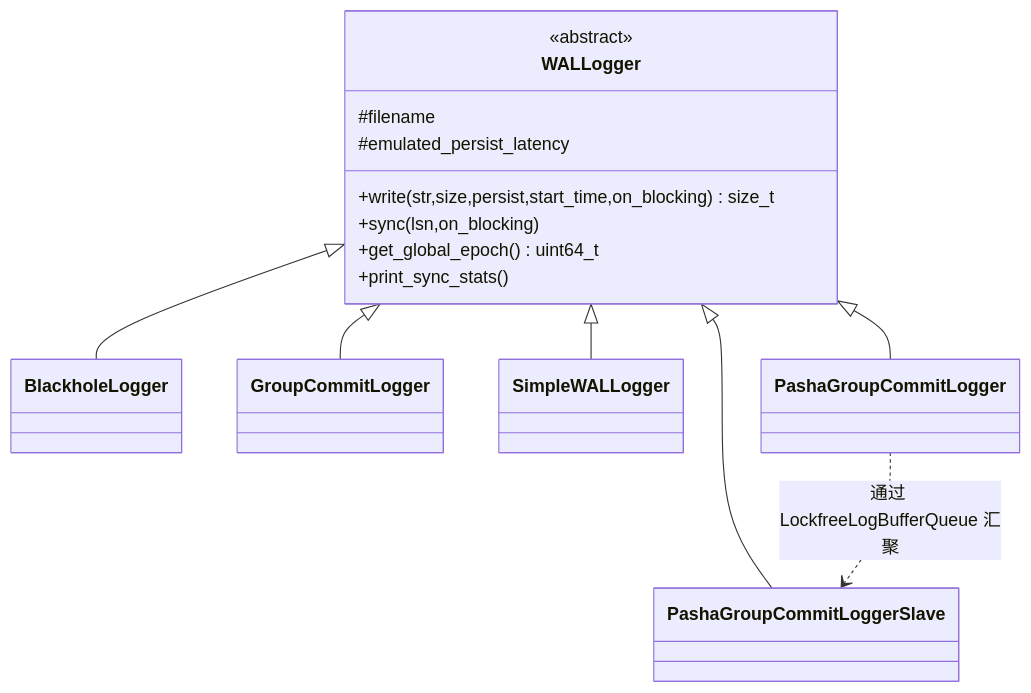
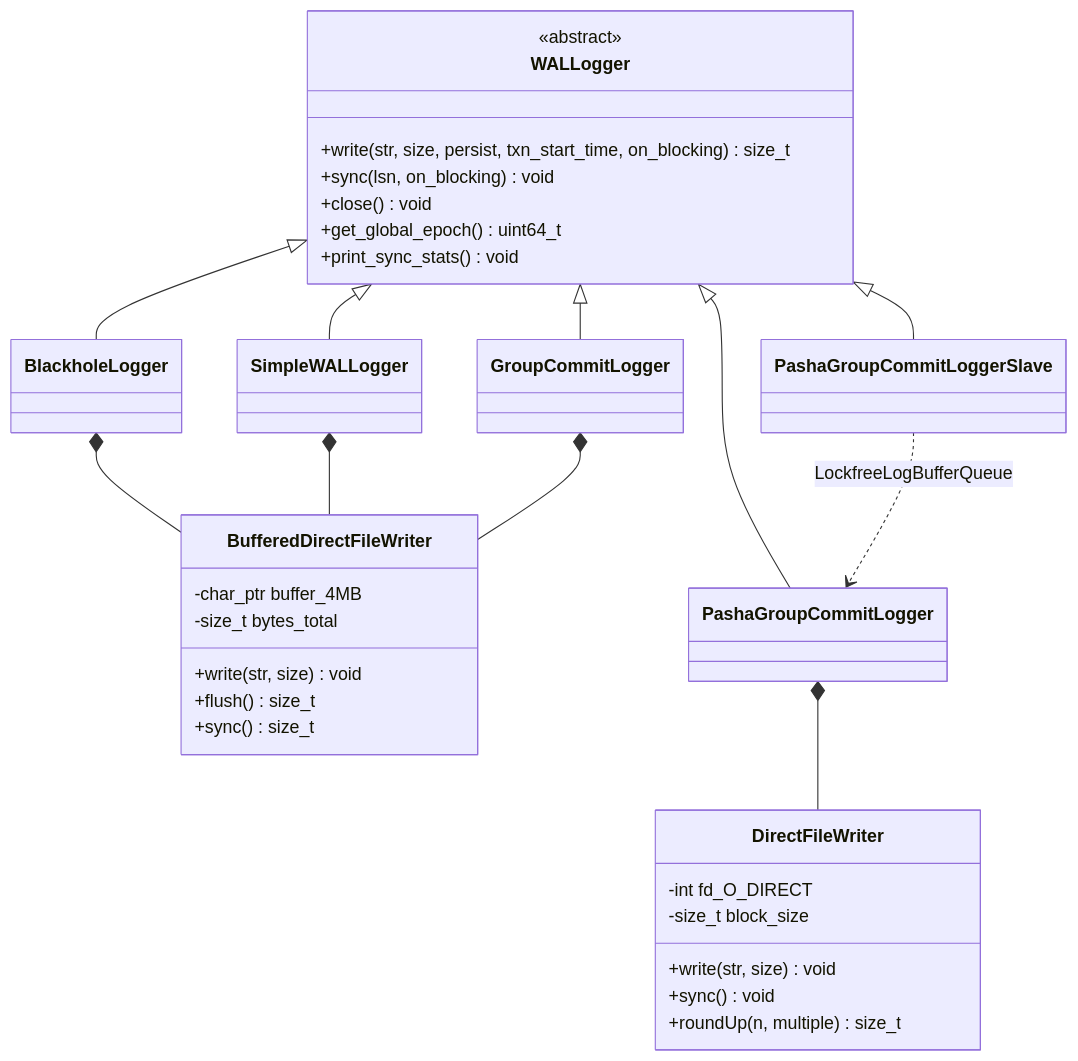
Before and after one commit to solutive-player/tigon: the sixth of 10 diagrams in docs/SPEC_COMMIT_FLOW.md, drawn with Mermaid. The commit also changed other lines of this file, not shown here.

First line of the commit message:
docs: expand WALLogger analysis (redo log to disk via SPSC queue)

````diff
--- a/docs/SPEC_COMMIT_FLOW.md
+++ b/docs/SPEC_COMMIT_FLOW.md
@@ -470,18 +472,35 @@
 ```mermaid
 classDiagram
     class WALLogger {
         <<abstract>>
-        +write(str,size,persist,start_time,on_blocking) size_t
-        +sync(lsn,on_blocking)
+        +write(str, size, persist, txn_start_time, on_blocking) size_t
+        +sync(lsn, on_blocking) void
+        +close() void
         +get_global_epoch() uint64_t
-        +print_sync_stats()
-        #filename
-        #emulated_persist_latency
+        +print_sync_stats() void
+    }
+    class DirectFileWriter {
+        +write(str, size) void
+        +sync() void
+        +roundUp(n, multiple) size_t
+        -int fd_O_DIRECT
+        -size_t block_size
+    }
+    class BufferedDirectFileWriter {
+        +write(str, size) void
+        +flush() size_t
+        +sync() size_t
+        -char_ptr buffer_4MB
+        -size_t bytes_total
     }
     WALLogger <|-- BlackholeLogger
+    WALLogger <|-- SimpleWALLogger
     WALLogger <|-- GroupCommitLogger
-    WALLogger <|-- SimpleWALLogger
     WALLogger <|-- PashaGroupCommitLoggerSlave
     WALLogger <|-- PashaGroupCommitLogger
-    PashaGroupCommitLogger ..> PashaGroupCommitLoggerSlave : 通过 LockfreeLogBufferQueue 汇聚
+    BlackholeLogger *-- BufferedDirectFileWriter
+    SimpleWALLogger *-- BufferedDirectFileWriter
+    GroupCommitLogger *-- BufferedDirectFileWriter
+    PashaGroupCommitLogger *-- DirectFileWriter
+    PashaGroupCommitLoggerSlave ..> PashaGroupCommitLogger : LockfreeLogBufferQueue
 ```
````
